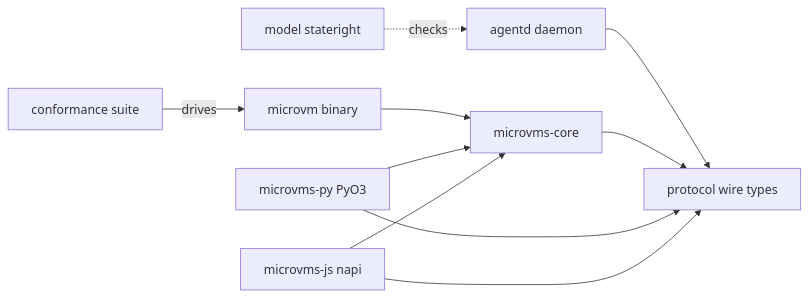
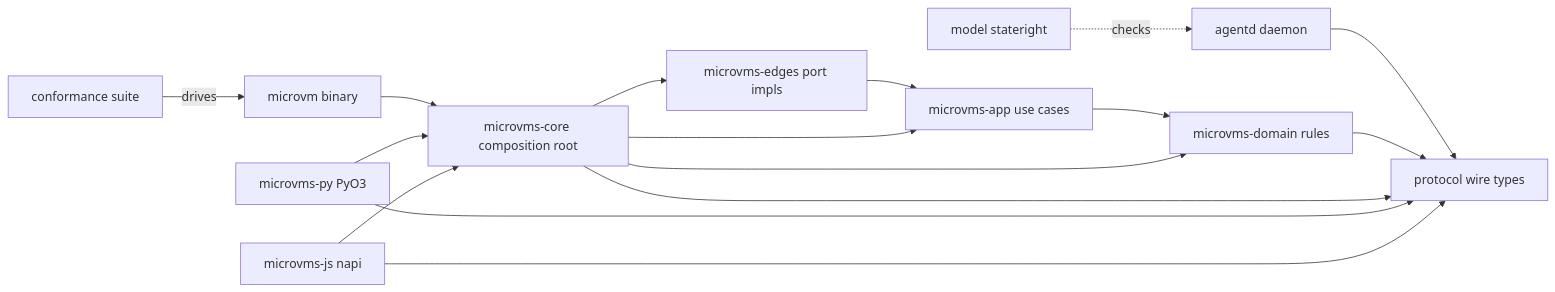
The diagram in docs/architecture/system-overview.md (laithalsaadoon/microvms-agentd), drawn with Mermaid before and after one commit. The commit also changed other lines of this file and 188 other files, not shown here.

````diff
--- a/docs/architecture/system-overview.md
+++ b/docs/architecture/system-overview.md
@@ -83,21 +83,30 @@
 ```mermaid
 flowchart LR
   protocol[protocol wire types]
   agentd[agentd daemon]
-  core[microvms-core]
+  domain[microvms-domain rules]
+  app[microvms-app use cases]
+  edges[microvms-edges port impls]
+  core[microvms-core composition root]
   cli[microvm binary]
   py[microvms-py PyO3]
   js[microvms-js napi]
   model[model stateright]
   conf[conformance suite]
 
   agentd --> protocol
+  domain --> protocol
+  app --> domain
+  edges --> app
+  core --> app
+  core --> edges
+  core --> domain
   core --> protocol
   cli --> core
   py --> core
   py --> protocol
   js --> core
   js --> protocol
   conf -->|drives| cli
   model -.checks.-> agentd
 ```
````
